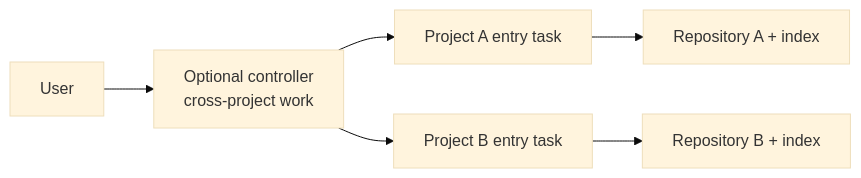
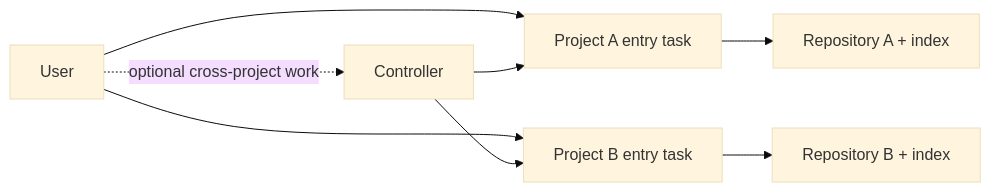
One commit to libaie/onboard-code-projects changed the diagram in README.md. Above: the diagram before and after it, drawn with Mermaid (base theme). The commit also changed other lines of this file and 2 other files, not shown here.

````diff
--- a/README.md
+++ b/README.md
@@ -33,8 +46,10 @@
 ```mermaid
 flowchart LR
-    U["User"] --> C["Optional controller<br/>cross-project work"]
-    C --> A["Project A entry task"]
-    C --> B["Project B entry task"]
+    U["User"] --> A["Project A entry task"]
+    U --> B["Project B entry task"]
+    U -.->|optional cross-project work| C["Controller"]
+    C --> A
+    C --> B
     A --> RA["Repository A + index"]
     B --> RB["Repository B + index"]
 ```
````
